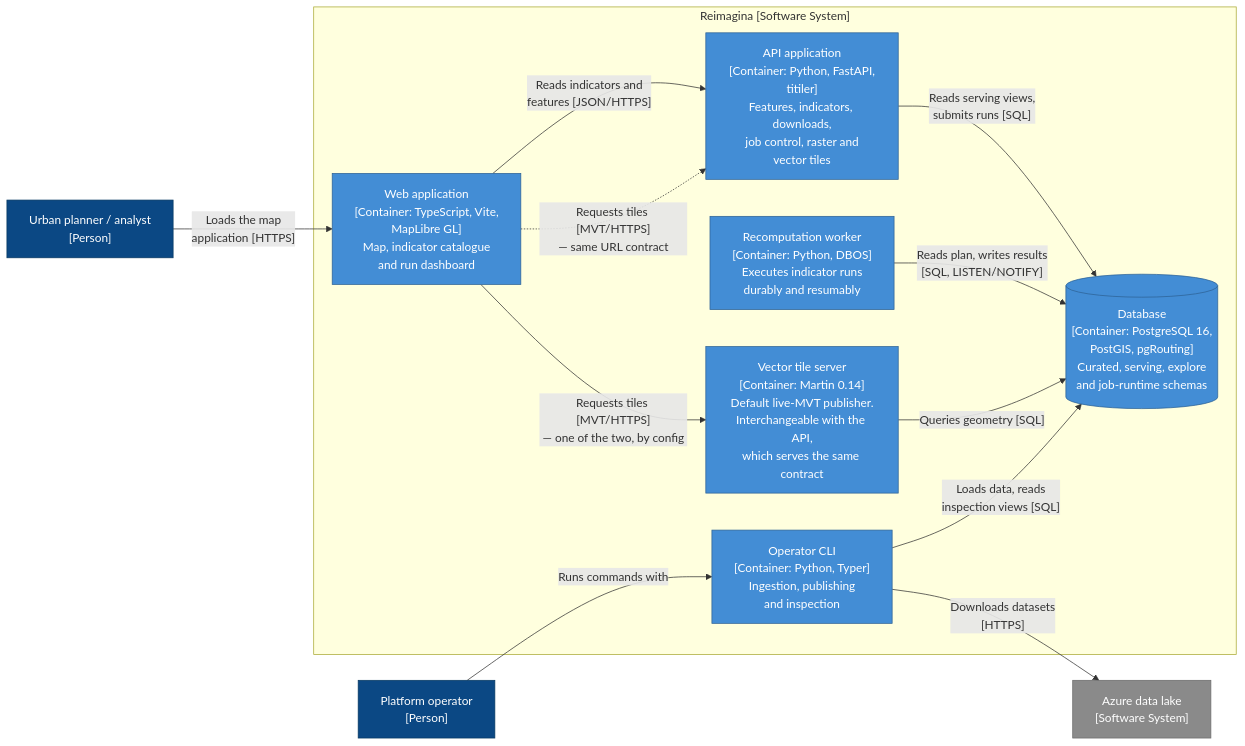
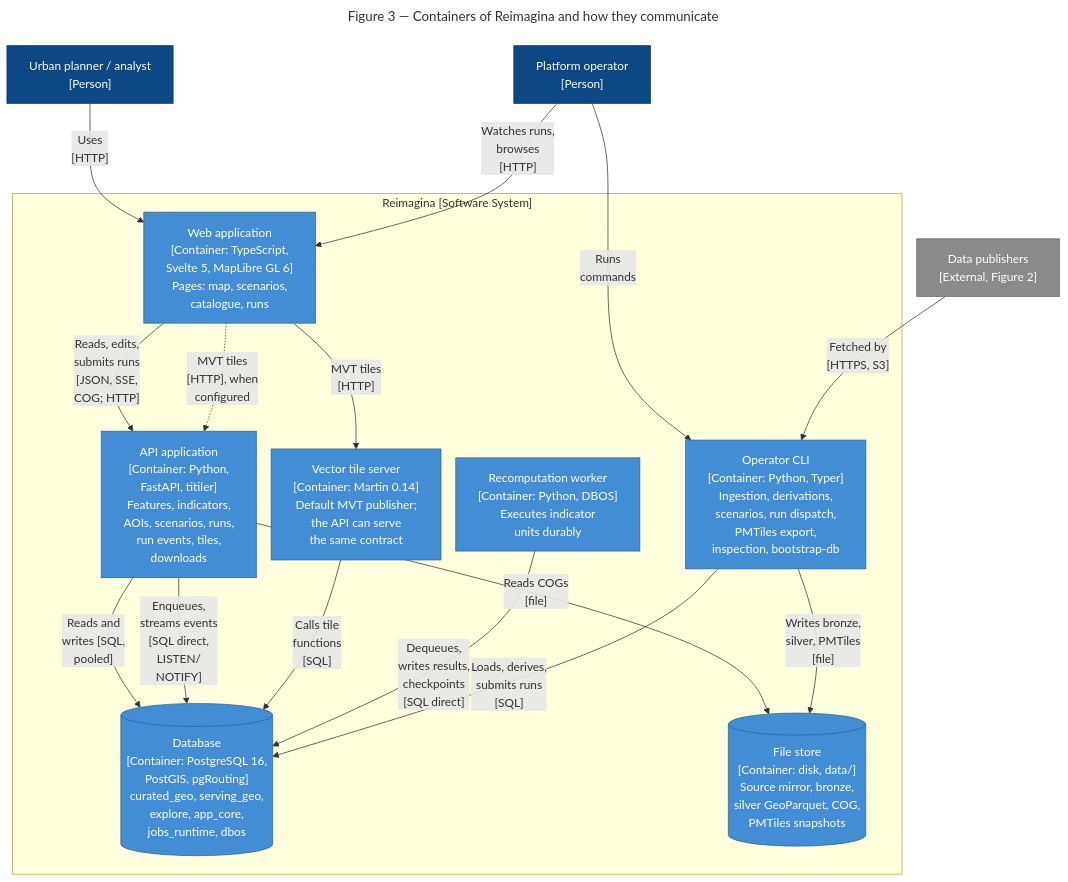
One commit to rschifan/reimagina-evo changed the diagram in docs/delivery/diagrams/c4_02_containers.mmd. Above: the diagram before and after it, drawn with Mermaid. The commit also changed 16 other files, not shown here.

First line of the commit message:
docs(delivery): issue the architecture map as 1.0 against r051

```diff
--- a/docs/delivery/diagrams/c4_02_containers.mmd
+++ b/docs/delivery/diagrams/c4_02_containers.mmd
@@ -1,32 +1,46 @@
-flowchart LR
+---
+title: "Figure 3 — Containers of Reimagina and how they communicate"
+config:
+  flowchart:
+    wrappingWidth: 520
+    nodeSpacing: 20
+    rankSpacing: 50
+  themeCSS: ".flowchartTitleText{font-size:30px;font-weight:600;fill:#16181d}"
+---
+flowchart TB
   planner["Urban planner / analyst<br/>[Person]"]
   operator["Platform operator<br/>[Person]"]
 
   subgraph sys["Reimagina [Software System]"]
-    web["Web application<br/>[Container: TypeScript, Vite,<br/>MapLibre GL]<br/>Map, indicator catalogue<br/>and run dashboard"]
-    api["API application<br/>[Container: Python, FastAPI,<br/>titiler]<br/>Features, indicators, downloads,<br/>job control, raster and<br/>vector tiles"]
-    worker["Recomputation worker<br/>[Container: Python, DBOS]<br/>Executes indicator runs<br/>durably and resumably"]
-    cli["Operator CLI<br/>[Container: Python, Typer]<br/>Ingestion, publishing<br/>and inspection"]
-    martin["Vector tile server<br/>[Container: Martin 0.14]<br/>Default live-MVT publisher.<br/>Interchangeable with the API,<br/>which serves the same contract"]
-    db[("Database<br/>[Container: PostgreSQL 16,<br/>PostGIS, pgRouting]<br/>Curated, serving, explore<br/>and job-runtime schemas")]
+    web["Web application<br/>[Container: TypeScript,<br/>Svelte 5, MapLibre GL 6]<br/>Pages: map, scenarios,<br/>catalogue, runs"]
+    cli["Operator CLI<br/>[Container: Python, Typer]<br/>Ingestion, derivations,<br/>scenarios, run dispatch,<br/>PMTiles export,<br/>inspection, bootstrap-db"]
+    api["API application<br/>[Container: Python,<br/>FastAPI, titiler]<br/>Features, indicators,<br/>AOIs, scenarios, runs,<br/>run events, tiles,<br/>downloads"]
+    martin["Vector tile server<br/>[Container: Martin 0.14]<br/>Default MVT publisher;<br/>the API can serve<br/>the same contract"]
+    worker["Recomputation worker<br/>[Container: Python, DBOS]<br/>Executes indicator<br/>units durably"]
+    db[("Database<br/>[Container: PostgreSQL 16,<br/>PostGIS, pgRouting]<br/>curated_geo, serving_geo,<br/>explore, app_core,<br/>jobs_runtime, dbos")]
+    files[("File store<br/>[Container: disk, data/]<br/>Source mirror, bronze,<br/>silver GeoParquet, COG,<br/>PMTiles snapshots")]
   end
 
-  lake["Azure data lake<br/>[Software System]"]
+  sources["Data publishers<br/>[External, Figure 2]"]
 
-  planner -->|"Loads the map<br/>application [HTTPS]"| web
-  operator -->|"Runs commands with"| cli
-  web -->|"Reads indicators and<br/>features [JSON/HTTPS]"| api
-  web -->|"Requests tiles [MVT/HTTPS]<br/>— one of the two, by config"| martin
-  web -.->|"Requests tiles [MVT/HTTPS]<br/>— same URL contract"| api
-  api -->|"Reads serving views,<br/>submits runs [SQL]"| db
-  worker -->|"Reads plan, writes results<br/>[SQL, LISTEN/NOTIFY]"| db
-  martin -->|"Queries geometry [SQL]"| db
-  cli -->|"Loads data, reads<br/>inspection views [SQL]"| db
-  cli -->|"Downloads datasets<br/>[HTTPS]"| lake
+  planner -->|"Uses<br/>[HTTP]"| web
+  operator -->|"Watches runs,<br/>browses<br/>[HTTP]"| web
+  operator -->|"Runs<br/>commands"| cli
+  web -->|"Reads, edits,<br/>submits runs<br/>[JSON, SSE,<br/>COG; HTTP]"| api
+  web -->|"MVT tiles<br/>[HTTP]"| martin
+  web -.->|"MVT tiles<br/>[HTTP], when<br/>configured"| api
+  api -->|"Reads and<br/>writes [SQL,<br/>pooled]"| db
+  api -->|"Enqueues,<br/>streams events<br/>[SQL direct,<br/>LISTEN/<br/>NOTIFY]"| db
+  api -->|"Reads COGs<br/>[file]"| files
+  martin -->|"Calls tile<br/>functions<br/>[SQL]"| db
+  worker -->|"Dequeues,<br/>writes results,<br/>checkpoints<br/>[SQL direct]"| db
+  cli -->|"Loads, derives,<br/>submits runs<br/>[SQL]"| db
+  cli -->|"Writes bronze,<br/>silver, PMTiles<br/>[file]"| files
+  sources -->|"Fetched by<br/>[HTTPS, S3]"| cli
 
   classDef person fill:#0b4884,stroke:#073962,color:#fff
   classDef container fill:#438dd5,stroke:#2e6295,color:#fff
   classDef external fill:#8a8a8a,stroke:#6b6b6b,color:#fff
   class planner,operator person
-  class web,api,worker,cli,martin,db container
-  class lake external
+  class web,api,worker,cli,martin,db,files container
+  class sources external
```
